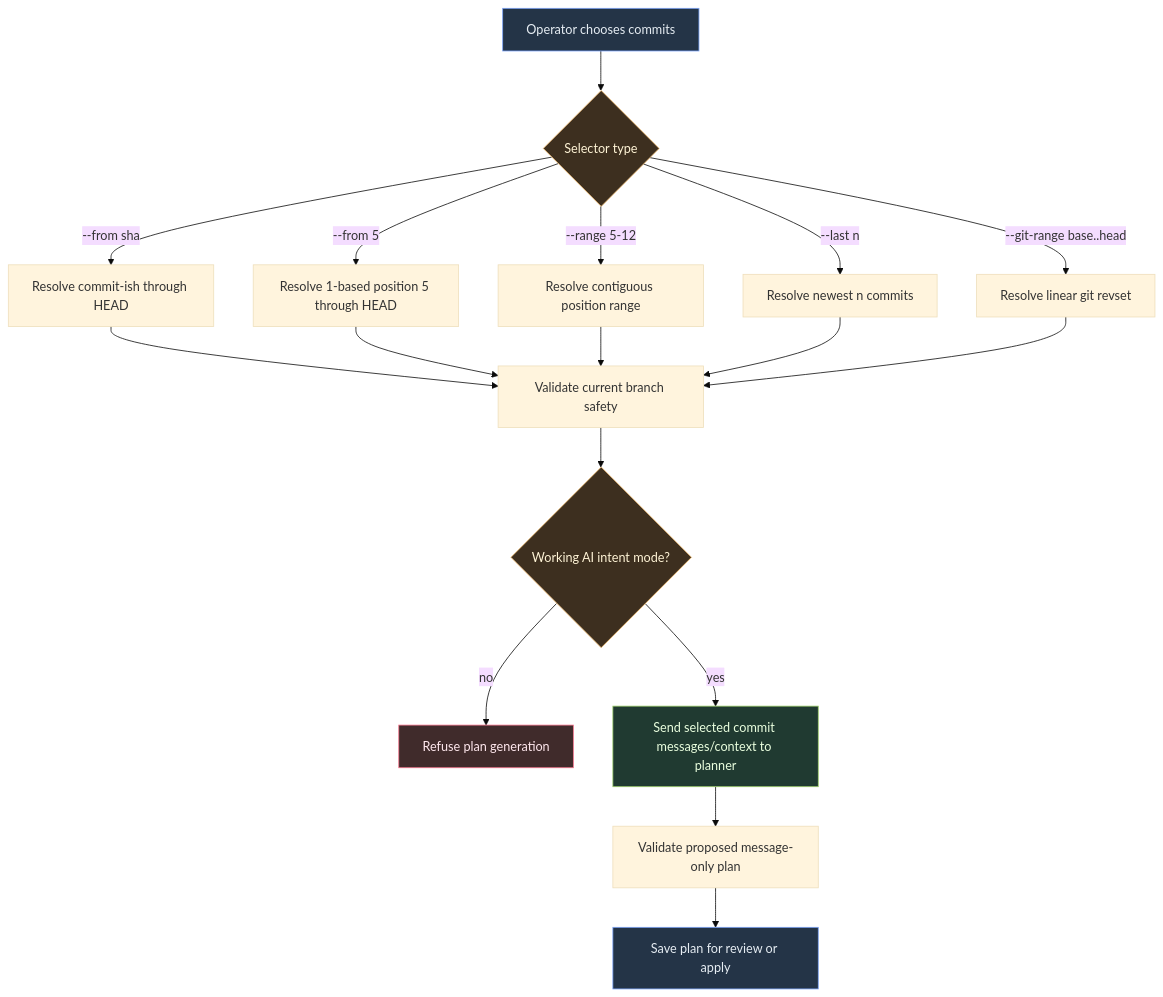
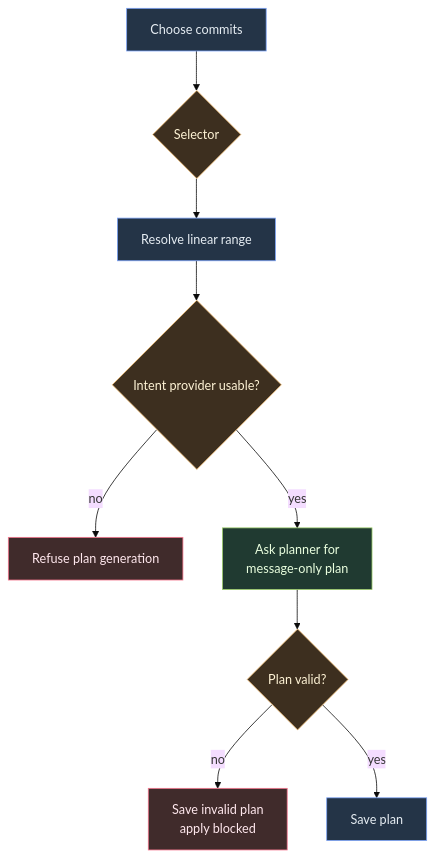
The first of 3 diagrams in docs/intent-commit-rewrite-flow.md (KristjanPikhof/Auto-Commit-Daemon), drawn with Mermaid (base theme) before and after one commit. The commit also changed other lines of this file and 4 other files, not shown here.

```diff
--- a/docs/intent-commit-rewrite-flow.md
+++ b/docs/intent-commit-rewrite-flow.md
@@ -43,28 +38,20 @@
 ~~~mermaid
 flowchart TB
-  A[Operator chooses commits] --> B{Selector type}
-  B -->|--from sha| C[Resolve commit-ish through HEAD]
-  B -->|--from 5| D[Resolve 1-based position 5 through HEAD]
-  B -->|--range 5-12| E[Resolve contiguous position range]
-  B -->|--last n| F[Resolve newest n commits]
-  B -->|--git-range base..head| G[Resolve linear git revset]
-  C --> H[Validate current branch safety]
-  D --> H
-  E --> H
-  F --> H
-  G --> H
-  H --> I{Working AI intent mode?}
-  I -- no --> J[Refuse plan generation]
-  I -- yes --> K[Send selected commit messages/context to planner]
-  K --> L[Validate proposed message-only plan]
-  L --> M[Save plan for review or apply]
+  A["Choose commits"] --> B{"Selector"}
+  B --> C["Resolve linear range"]
+  C --> D{"Intent provider usable?"}
+  D -->|no| E["Refuse plan generation"]
+  D -->|yes| F["Ask planner for<br/>message-only plan"]
+  F --> G{"Plan valid?"}
+  G -->|no| H["Save invalid plan<br/>apply blocked"]
+  G -->|yes| I["Save plan"]
 
-  classDef operator fill:#243447,stroke:#7aa2f7,color:#e6edf3
+  classDef work fill:#243447,stroke:#7aa2f7,color:#e6edf3
   classDef decision fill:#3d2f1f,stroke:#f6c177,color:#fff4d6
   classDef provider fill:#203a31,stroke:#9ece6a,color:#eaffdf
-  classDef reject fill:#402b2b,stroke:#f7768e,color:#ffe8ee
-  class A,M operator
-  class B,I decision
-  class K provider
-  class J reject
+  classDef stop fill:#402b2b,stroke:#f7768e,color:#ffe8ee
+  class A,C,I work
+  class B,D,G decision
+  class F provider
+  class E,H stop
 ~~~
```
